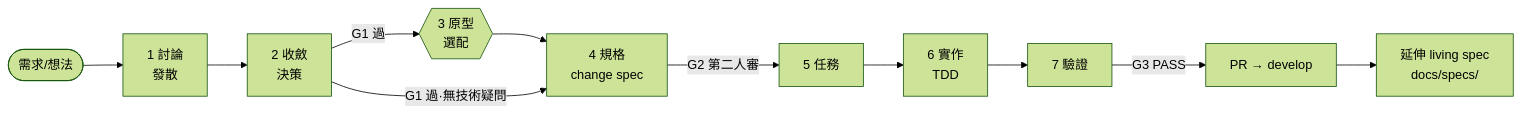
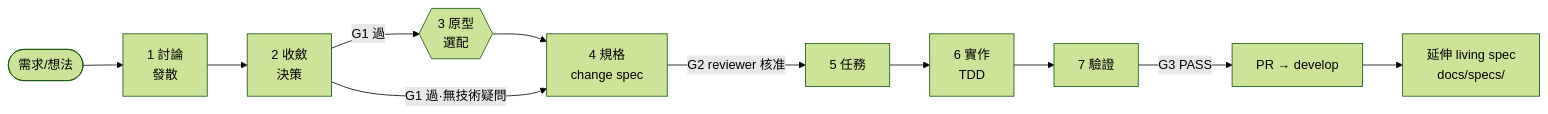
One commit to rick546986/dev-flow changed the diagram in README.md. Above: the diagram before and after it, drawn with Mermaid (forest theme). The commit also changed other lines of this file and 12 other files, not shown here.

````diff
--- a/README.md
+++ b/README.md
@@ -31,13 +31,13 @@
 ```mermaid
 flowchart LR
     idea([需求/想法]) --> s1[1 討論<br/>發散]
     s1 --> s2[2 收斂<br/>決策]
     s2 -- G1 過 --> s3{{3 原型<br/>選配}}
     s3 --> s4[4 規格<br/>change spec]
     s2 -- G1 過·無技術疑問 --> s4
-    s4 -- G2 第二人審 --> s5[5 任務]
+    s4 -- G2 reviewer 核准 --> s5[5 任務]
     s5 --> s6[6 實作<br/>TDD]
     s6 --> s7[7 驗證]
     s7 -- G3 PASS --> pr[PR → develop]
     pr --> merge[延伸 living spec<br/>docs/specs/]
 ```
````
